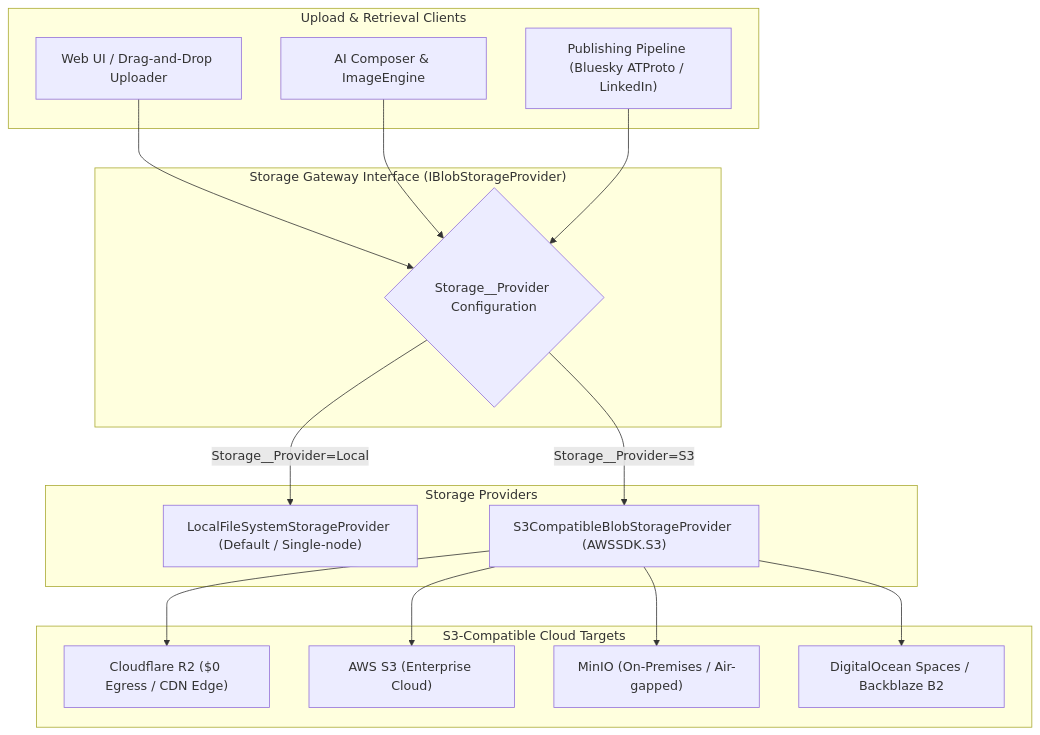
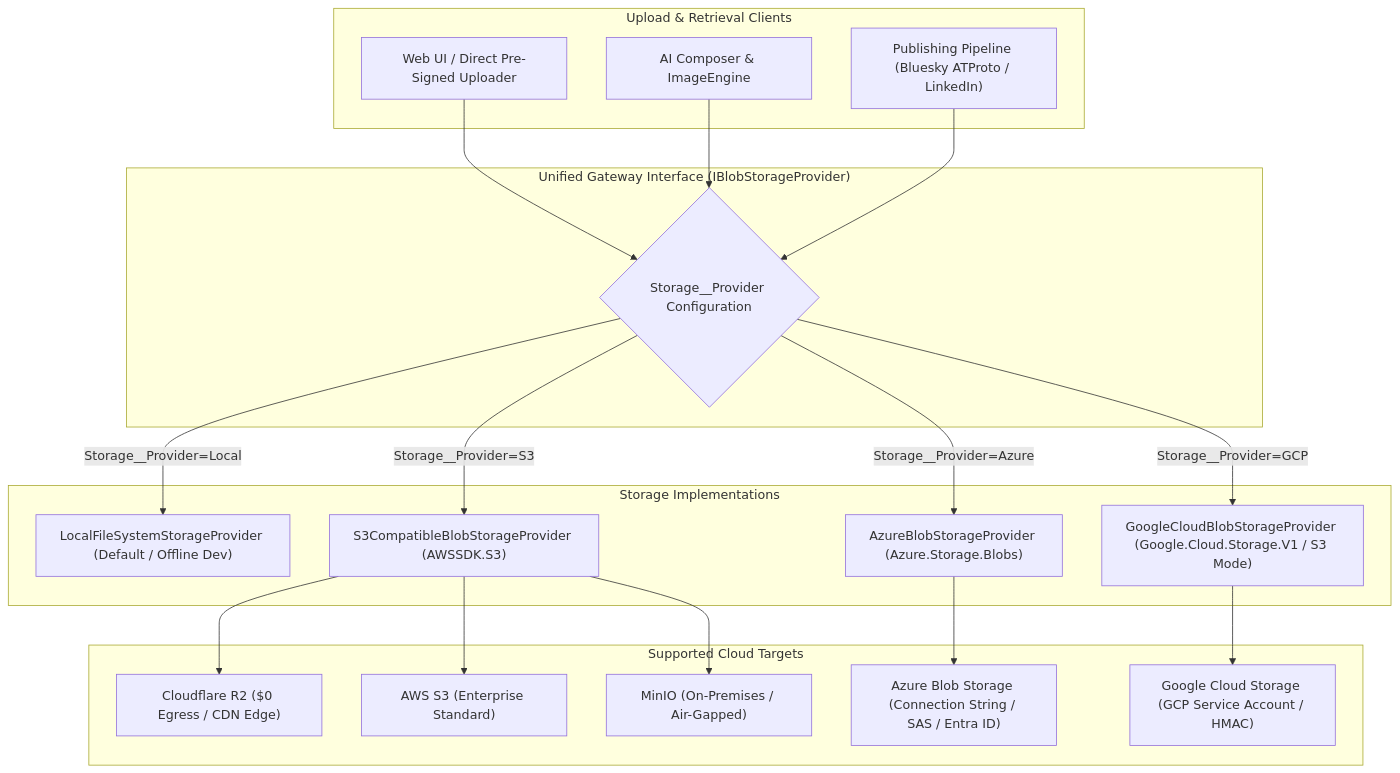
One commit to vhogemann/social-worker changed the diagram in planning/CLOUD_BLOB_STORAGE.md. Above: the diagram before and after it, drawn with Mermaid. The commit also changed other lines of this file, not shown here.

Commit message:
Update Cloud Blob Storage plan with Azure Blob and Google Cloud Storage support

````diff
--- a/planning/CLOUD_BLOB_STORAGE.md
+++ b/planning/CLOUD_BLOB_STORAGE.md
@@ -9,36 +9,42 @@
 ```mermaid
 graph TD
     subgraph Clients["Upload & Retrieval Clients"]
-        WebUI["Web UI / Drag-and-Drop Uploader"]
+        WebUI["Web UI / Direct Pre-Signed Uploader"]
         Agents["AI Composer & ImageEngine"]
         Publishers["Publishing Pipeline (Bluesky ATProto / LinkedIn)"]
     end
 
-    subgraph StorageGateway["Storage Gateway Interface (IBlobStorageProvider)"]
+    subgraph StorageGateway["Unified Gateway Interface (IBlobStorageProvider)"]
         Router{"Storage__Provider Configuration"}
     end
 
-    subgraph Backends["Storage Providers"]
-        Local["LocalFileSystemStorageProvider (Default / Single-node)"]
+    subgraph Providers["Storage Implementations"]
+        Local["LocalFileSystemStorageProvider (Default / Offline Dev)"]
         S3["S3CompatibleBlobStorageProvider (AWSSDK.S3)"]
+        Azure["AzureBlobStorageProvider (Azure.Storage.Blobs)"]
+        GCS["GoogleCloudBlobStorageProvider (Google.Cloud.Storage.V1 / S3 Mode)"]
     end
 
-    subgraph CloudTargets["S3-Compatible Cloud Targets"]
+    subgraph CloudTargets["Supported Cloud Targets"]
         R2["Cloudflare R2 ($0 Egress / CDN Edge)"]
-        AWS["AWS S3 (Enterprise Cloud)"]
-        MinIO["MinIO (On-Premises / Air-gapped)"]
-        Spaces["DigitalOcean Spaces / Backblaze B2"]
+        AWS["AWS S3 (Enterprise Standard)"]
+        MinIO["MinIO (On-Premises / Air-Gapped)"]
+        AzureBlob["Azure Blob Storage (Connection String / SAS / Entra ID)"]
+        GCSBucket["Google Cloud Storage (GCP Service Account / HMAC)"]
     end
 
     WebUI --> Router
     Agents --> Router
     Publishers --> Router
 
     Router -->|Storage__Provider=Local| Local
     Router -->|Storage__Provider=S3| S3
+    Router -->|Storage__Provider=Azure| Azure
+    Router -->|Storage__Provider=GCP| GCS
 
     S3 --> R2
     S3 --> AWS
     S3 --> MinIO
-    S3 --> Spaces
+    Azure --> AzureBlob
+    GCS --> GCSBucket
 ```
````
